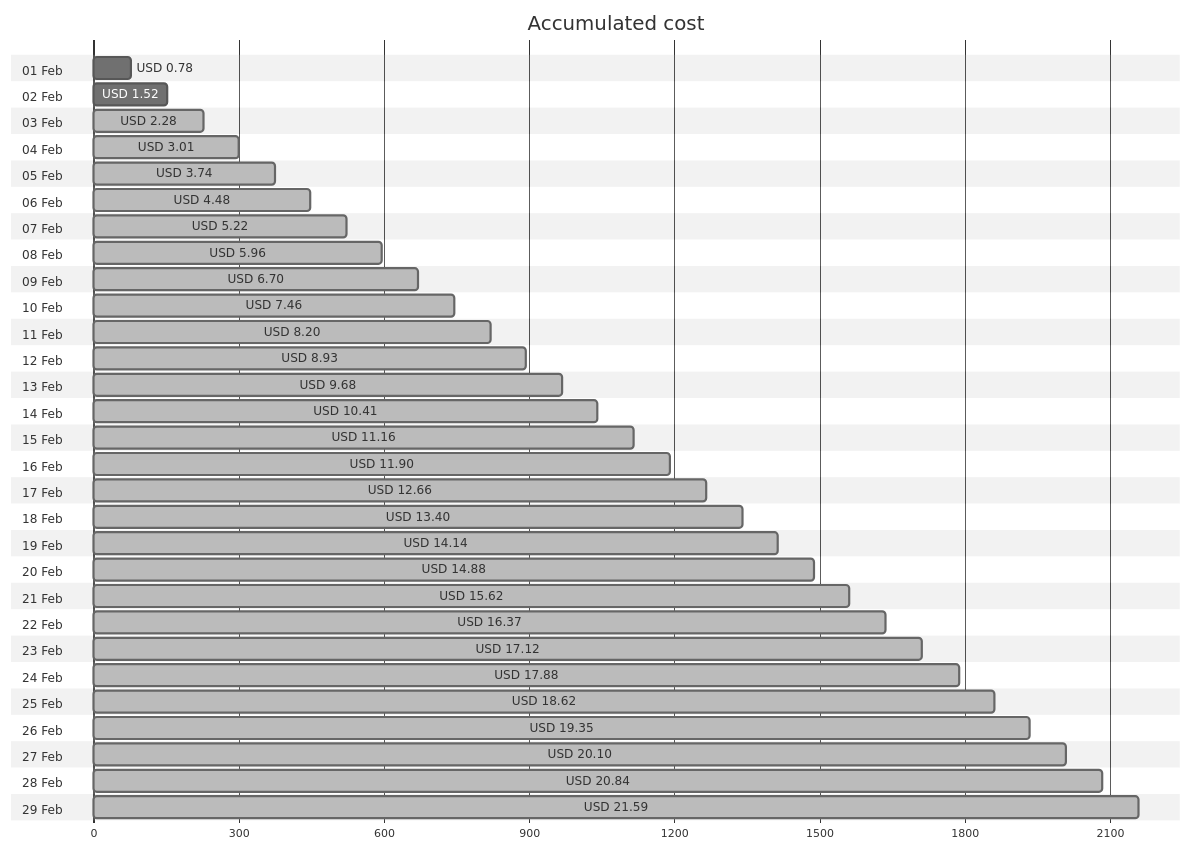
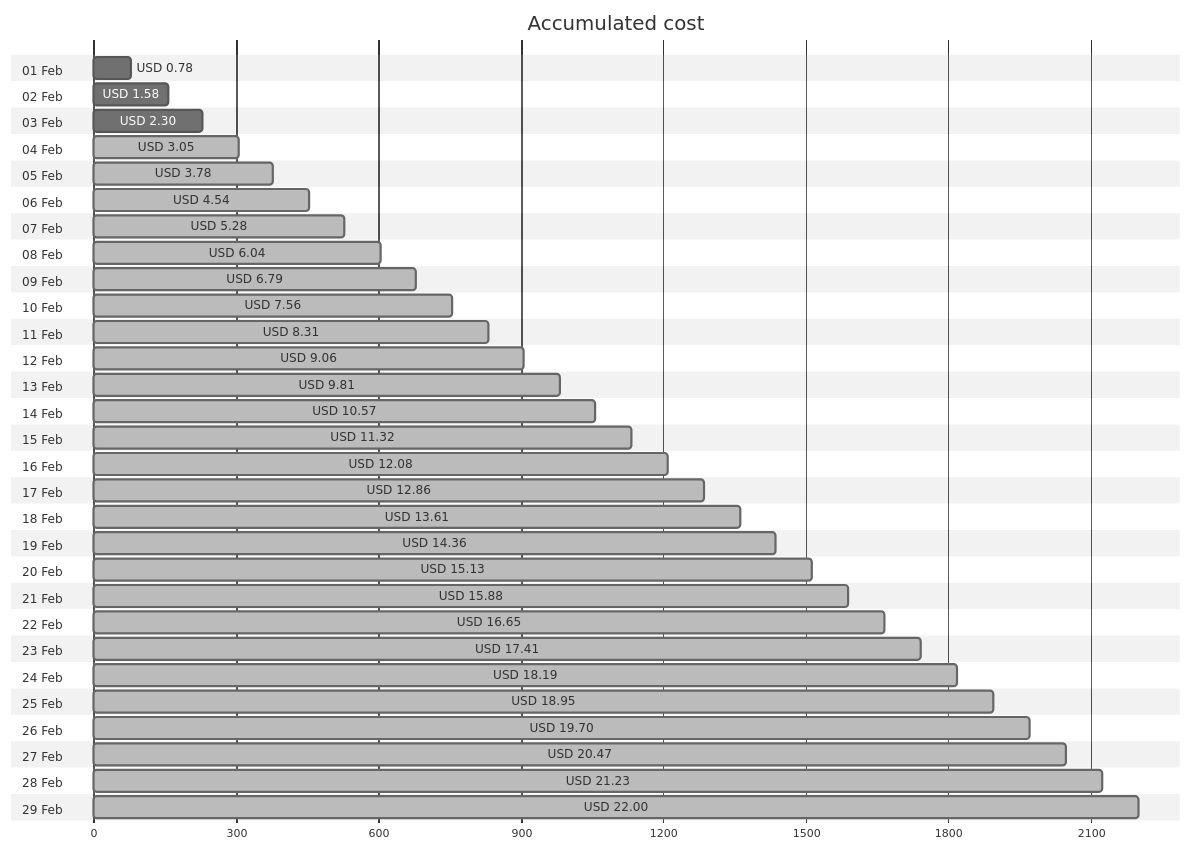
The first of 4 diagrams in cost-reports/personal-network/backup-server-data-disk.md (jpfulton/azure-personal-reports), drawn with Mermaid (neutral theme) before and after one commit. The commit also changed other lines of this file and 8 other files, not shown here.

````diff
--- a/cost-reports/personal-network/backup-server-data-disk.md
+++ b/cost-reports/personal-network/backup-server-data-disk.md
@@ -20,64 +20,64 @@
 ```mermaid
 gantt
    title Accumulated cost
    dateFormat  X
    axisFormat %s
    section 01 Feb
    USD 0.78 :0, 78
    section 02 Feb
-   USD 1.52 :0, 152
+   USD 1.58 :0, 158
    section 03 Feb
-   USD 2.28 : done, 0, 228
+   USD 2.30 :0, 230
    section 04 Feb
-   USD 3.01 : done, 0, 301
+   USD 3.05 : done, 0, 305
    section 05 Feb
-   USD 3.74 : done, 0, 374
+   USD 3.78 : done, 0, 378
    section 06 Feb
-   USD 4.48 : done, 0, 448
+   USD 4.54 : done, 0, 454
    section 07 Feb
-   USD 5.22 : done, 0, 522
+   USD 5.28 : done, 0, 528
    section 08 Feb
-   USD 5.96 : done, 0, 596
+   USD 6.04 : done, 0, 604
    section 09 Feb
-   USD 6.70 : done, 0, 670
+   USD 6.79 : done, 0, 679
    section 10 Feb
-   USD 7.46 : done, 0, 746
+   USD 7.56 : done, 0, 756
    section 11 Feb
-   USD 8.20 : done, 0, 820
+   USD 8.31 : done, 0, 831
    section 12 Feb
-   USD 8.93 : done, 0, 893
+   USD 9.06 : done, 0, 906
    section 13 Feb
-   USD 9.68 : done, 0, 968
+   USD 9.81 : done, 0, 981
    section 14 Feb
-   USD 10.41 : done, 0, 1041
+   USD 10.57 : done, 0, 1057
    section 15 Feb
-   USD 11.16 : done, 0, 1116
+   USD 11.32 : done, 0, 1132
    section 16 Feb
-   USD 11.90 : done, 0, 1190
+   USD 12.08 : done, 0, 1208
    section 17 Feb
-   USD 12.66 : done, 0, 1266
+   USD 12.86 : done, 0, 1286
    section 18 Feb
-   USD 13.40 : done, 0, 1340
+   USD 13.61 : done, 0, 1361
    section 19 Feb
-   USD 14.14 : done, 0, 1414
+   USD 14.36 : done, 0, 1436
    section 20 Feb
-   USD 14.88 : done, 0, 1488
+   USD 15.13 : done, 0, 1513
    section 21 Feb
-   USD 15.62 : done, 0, 1562
+   USD 15.88 : done, 0, 1588
    section 22 Feb
-   USD 16.37 : done, 0, 1637
+   USD 16.65 : done, 0, 1665
    section 23 Feb
-   USD 17.12 : done, 0, 1712
+   USD 17.41 : done, 0, 1741
    section 24 Feb
-   USD 17.88 : done, 0, 1788
+   USD 18.19 : done, 0, 1819
    section 25 Feb
-   USD 18.62 : done, 0, 1862
+   USD 18.95 : done, 0, 1895
    section 26 Feb
-   USD 19.35 : done, 0, 1935
+   USD 19.70 : done, 0, 1970
    section 27 Feb
-   USD 20.10 : done, 0, 2010
+   USD 20.47 : done, 0, 2047
    section 28 Feb
-   USD 20.84 : done, 0, 2084
+   USD 21.23 : done, 0, 2123
    section 29 Feb
-   USD 21.59 : done, 0, 2159
+   USD 22.00 : done, 0, 2200
 ```
````
